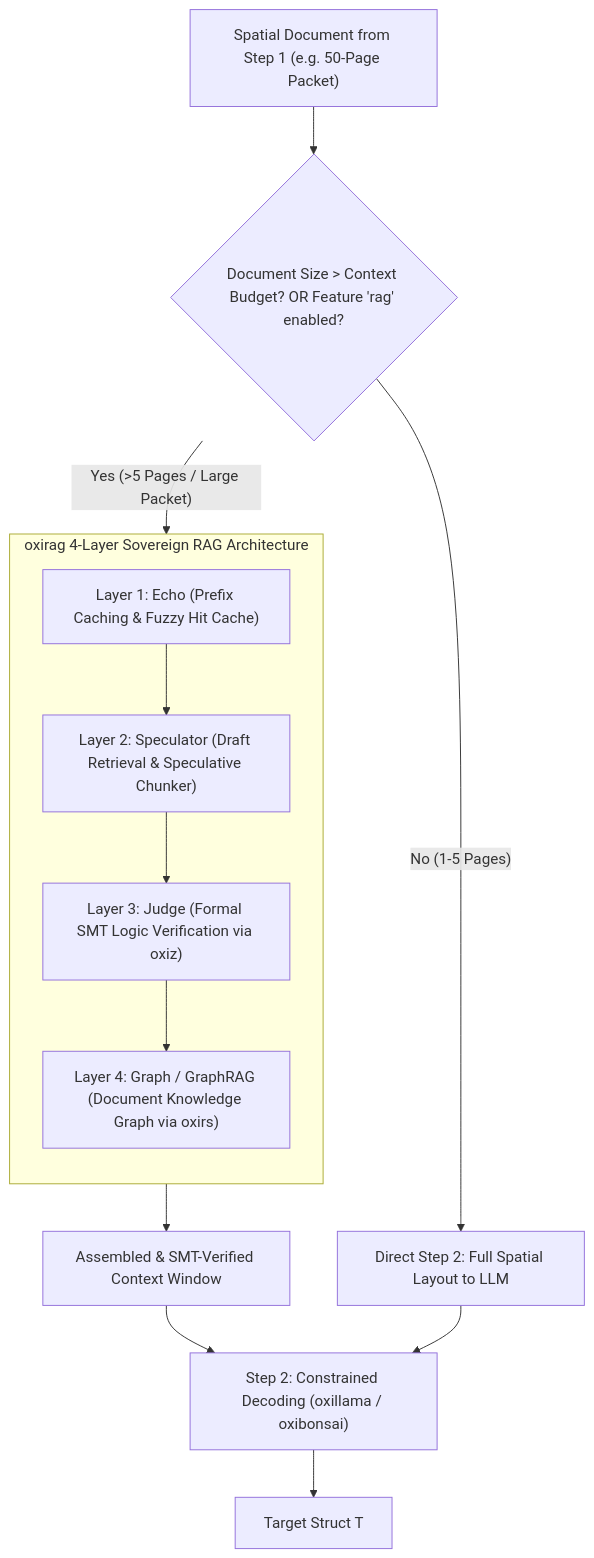
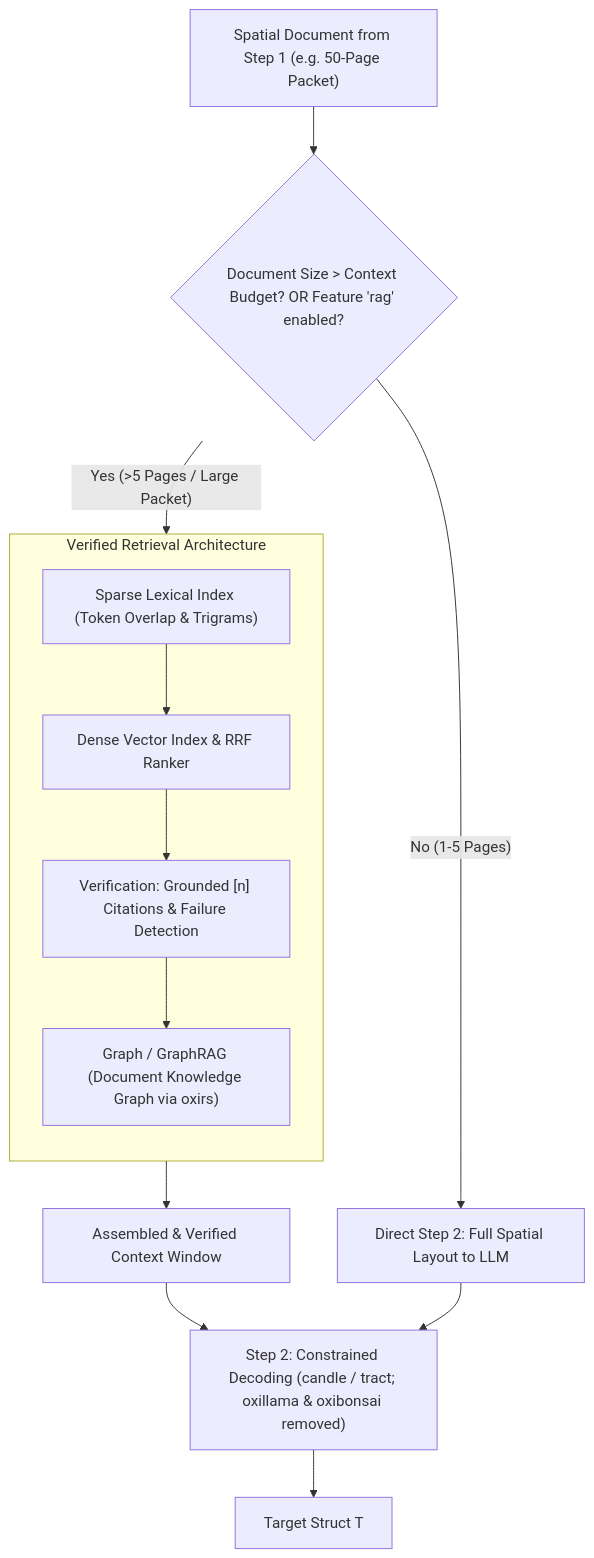
The first of 2 diagrams in docs/11_RAG_AND_LARGE_DOCUMENT_RETRIEVAL.md (yasuomaidana/docula), drawn with Mermaid before and after one commit. The commit also changed other lines of this file and 28 other files, not shown here.

````diff
--- a/docs/11_RAG_AND_LARGE_DOCUMENT_RETRIEVAL.md
+++ b/docs/11_RAG_AND_LARGE_DOCUMENT_RETRIEVAL.md
@@ -27,20 +21,20 @@
 ```mermaid
 flowchart TD
     SpatialDoc["Spatial Document from Step 1 (e.g. 50-Page Packet)"] --> ContextCheck{"Document Size > Context Budget? OR Feature 'rag' enabled?"}
     ContextCheck -- " No (1-5 Pages) " --> DirectStep2["Direct Step 2: Full Spatial Layout to LLM"]
-    ContextCheck -- " Yes (>5 Pages / Large Packet) " --> OxiRagEngine["oxirag: 4-Layer Pure-Rust RAG Pipeline"]
+    ContextCheck -- " Yes (>5 Pages / Large Packet) " --> VerifiedRagEngine["embedag_rag::VerifiedRagEngine (oxirag was removed)"]
 
-    subgraph OxiRagEngine["oxirag 4-Layer Sovereign RAG Architecture"]
+    subgraph VerifiedRagEngine["Verified Retrieval Architecture"]
         direction TB
-        L1["Layer 1: Echo (Prefix Caching & Fuzzy Hit Cache)"]
-        L2["Layer 2: Speculator (Draft Retrieval & Speculative Chunker)"]
-        L3["Layer 3: Judge (Formal SMT Logic Verification via oxiz)"]
-        L4["Layer 4: Graph / GraphRAG (Document Knowledge Graph via oxirs)"]
+        L1["Sparse Lexical Index (Token Overlap & Trigrams)"]
+        L2["Dense Vector Index & RRF Ranker"]
+        L3["Verification: Grounded [n] Citations & Failure Detection"]
+        L4["Graph / GraphRAG (Document Knowledge Graph via oxirs)"]
         L1 --> L2 --> L3 --> L4
     end
 
-    OxiRagEngine --> AssembledContext["Assembled & SMT-Verified Context Window"]
-    AssembledContext --> Step2LLM["Step 2: Constrained Decoding (oxillama / oxibonsai)"]
+    VerifiedRagEngine --> AssembledContext["Assembled & Verified Context Window"]
+    AssembledContext --> Step2LLM["Step 2: Constrained Decoding (candle / tract; oxillama & oxibonsai removed)"]
     DirectStep2 --> Step2LLM
     Step2LLM --> FinalStruct["Target Struct T"]
 ```
````
